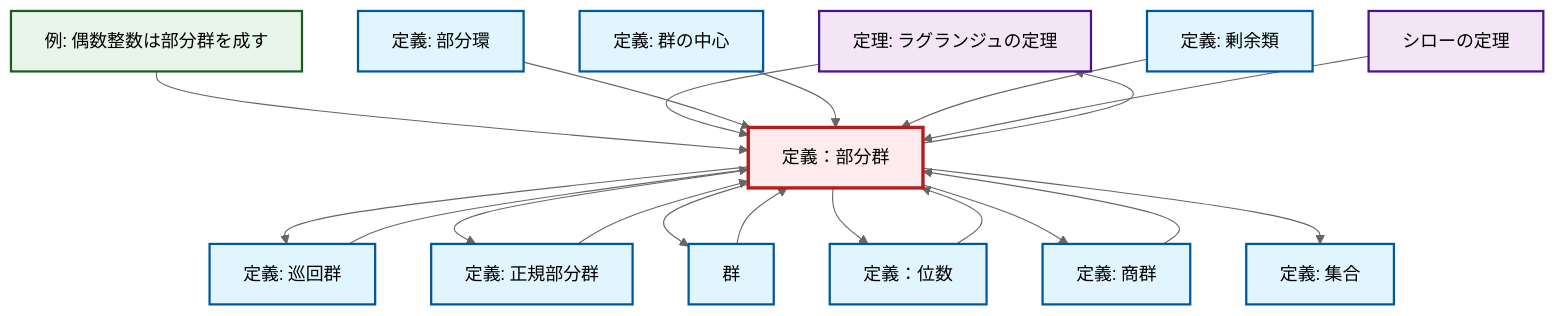
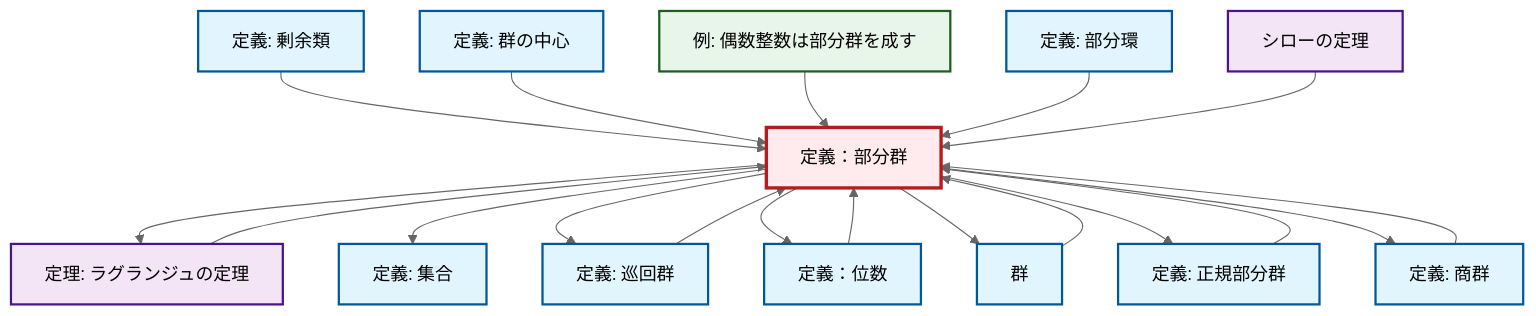
The diagram in content/ja/algebra/def-subgroup.qmd (RK0429/ModernMath), drawn with Mermaid (neutral theme) before and after one commit. The commit also changed other lines of this file and 1012 other files, not shown here.

````diff
--- a/content/ja/algebra/def-subgroup.qmd
+++ b/content/ja/algebra/def-subgroup.qmd
@@ -53,53 +53,53 @@
 ```{mermaid}
 %%| fig-cap: "Local dependency graph"
 graph TD
     classDef definition fill:#e1f5fe,stroke:#01579b,stroke-width:2px
     classDef theorem fill:#f3e5f5,stroke:#4a148c,stroke-width:2px
     classDef axiom fill:#fff3e0,stroke:#e65100,stroke-width:2px
     classDef example fill:#e8f5e9,stroke:#1b5e20,stroke-width:2px
     classDef current fill:#ffebee,stroke:#b71c1c,stroke-width:3px
+    def-subgroup["定義：部分群"]:::definition
+    def-subring["定義: 部分環"]:::definition
+    def-cyclic-group["定義: 巡回群"]:::definition
+    def-order["定義：位数"]:::definition
     def-set["定義: 集合"]:::definition
     thm-lagrange["定理: ラグランジュの定理"]:::theorem
-    def-cyclic-group["定義: 巡回群"]:::definition
+    thm-sylow["シローの定理"]:::theorem
     def-normal-subgroup["定義: 正規部分群"]:::definition
-    thm-sylow["シローの定理"]:::theorem
-    def-order["定義：位数"]:::definition
-    ex-even-integers-subgroup["例: 偶数整数は部分群を成す"]:::example
-    def-subgroup["定義：部分群"]:::definition
-    def-quotient-group["定義: 商群"]:::definition
     def-center-of-group["定義: 群の中心"]:::definition
     def-coset["定義: 剰余類"]:::definition
-    def-subring["定義: 部分環"]:::definition
+    def-quotient-group["定義: 商群"]:::definition
     def-group["群"]:::definition
+    ex-even-integers-subgroup["例: 偶数整数は部分群を成す"]:::example
+    def-coset --> def-subgroup
+    def-center-of-group --> def-subgroup
+    ex-even-integers-subgroup --> def-subgroup
     def-order --> def-subgroup
+    def-normal-subgroup --> def-subgroup
+    def-group --> def-subgroup
+    def-subgroup --> thm-lagrange
+    def-subgroup --> def-set
     def-subgroup --> def-cyclic-group
-    ex-even-integers-subgroup --> def-subgroup
+    def-subring --> def-subgroup
+    thm-sylow --> def-subgroup
+    thm-lagrange --> def-subgroup
+    def-cyclic-group --> def-subgroup
+    def-subgroup --> def-order
+    def-subgroup --> def-group
+    def-quotient-group --> def-subgroup
     def-subgroup --> def-normal-subgroup
-    thm-lagrange --> def-subgroup
-    def-subgroup --> def-group
-    def-subring --> def-subgroup
-    def-center-of-group --> def-subgroup
-    def-coset --> def-subgroup
-    def-subgroup --> def-order
-    def-quotient-group --> def-subgroup
-    def-group --> def-subgroup
-    def-normal-subgroup --> def-subgroup
     def-subgroup --> def-quotient-group
-    def-subgroup --> def-set
-    thm-sylow --> def-subgroup
-    def-cyclic-group --> def-subgroup
-    def-subgroup --> thm-lagrange
     class def-subgroup current
+    click def-subring "def-subring.html" "部分環の定義へ"
+    click def-cyclic-group "def-cyclic-group.html" "巡回群の定義へ"
+    click def-order "def-order.html" "定義：位数へ"
     click def-set "def-set.html" "集合の定義へ"
     click thm-lagrange "thm-lagrange.html" "ラグランジュの定理の定理へ"
-    click def-cyclic-group "def-cyclic-group.html" "巡回群の定義へ"
+    click thm-sylow "thm-sylow.html" "シローの定理へ"
     click def-normal-subgroup "def-normal-subgroup.html" "正規部分群の定義へ"
-    click thm-sylow "thm-sylow.html" "シローの定理へ"
-    click def-order "def-order.html" "定義：位数へ"
-    click ex-even-integers-subgroup "ex-even-integers-subgroup.html" "偶数整数は部分群を成すの例へ"
-    click def-quotient-group "def-quotient-group.html" "商群の定義へ"
     click def-center-of-group "def-center-of-group.html" "群の中心の定義へ"
     click def-coset "def-coset.html" "剰余類の定義へ"
-    click def-subring "def-subring.html" "部分環の定義へ"
+    click def-quotient-group "def-quotient-group.html" "商群の定義へ"
     click def-group "def-group.html" "群へ"
+    click ex-even-integers-subgroup "ex-even-integers-subgroup.html" "偶数整数は部分群を成すの例へ"
 ```
````
